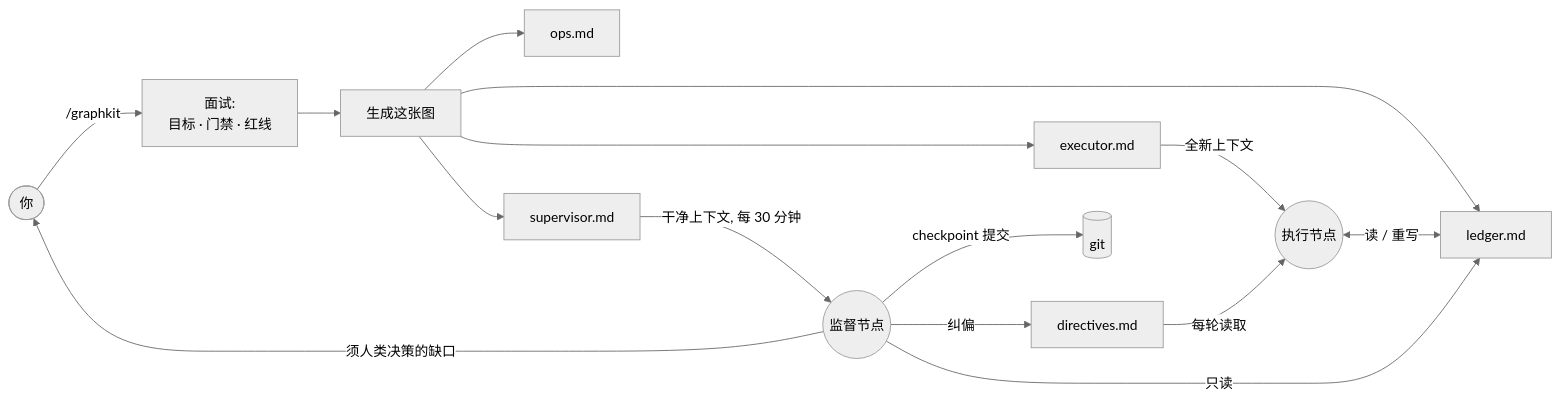
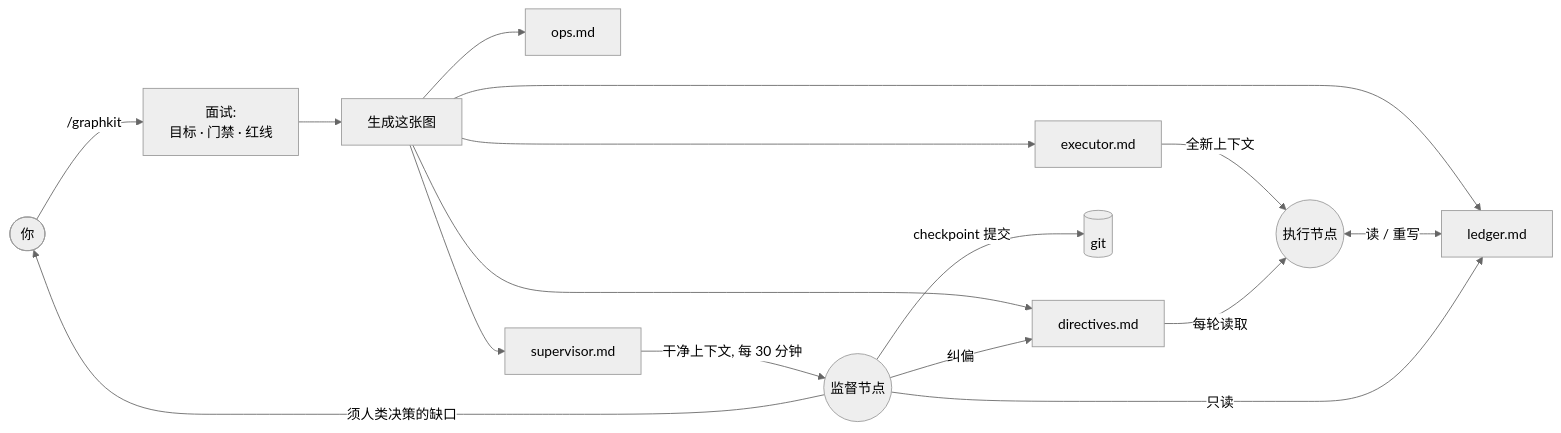
One commit to levi-qiao/graphkit changed the diagram in README.zh-CN.md. Above: the diagram before and after it, drawn with Mermaid (neutral theme). The commit also changed other lines of this file and 8 other files, not shown here.

First line of the commit message:
feat: fixed per-run directory .graphkit/<date-slug>/ + seeded directives template

````diff
--- a/README.zh-CN.md
+++ b/README.zh-CN.md
@@ -50,17 +50,18 @@
 ```mermaid
 flowchart LR
     U([你]) -->|"/graphkit"| I[面试:<br/>目标 · 门禁 · 红线]
     I --> G[生成这张图]
     G --> EX[executor.md]
     G --> LG[ledger.md]
+    G --> DIR[directives.md]
     G --> OPS[ops.md]
     G --> SV[supervisor.md]
     EX -->|全新上下文| EXE((执行节点))
     EXE <-->|读 / 重写| LG
     SV -->|干净上下文, 每 30 分钟| SUP((监督节点))
     SUP -->|只读| LG
-    SUP -->|纠偏| DIR[directives.md]
+    SUP -->|纠偏| DIR
     DIR -->|每轮读取| EXE
     SUP -->|checkpoint 提交| GIT[(git)]
     SUP -->|须人类决策的缺口| U
 ```
````
